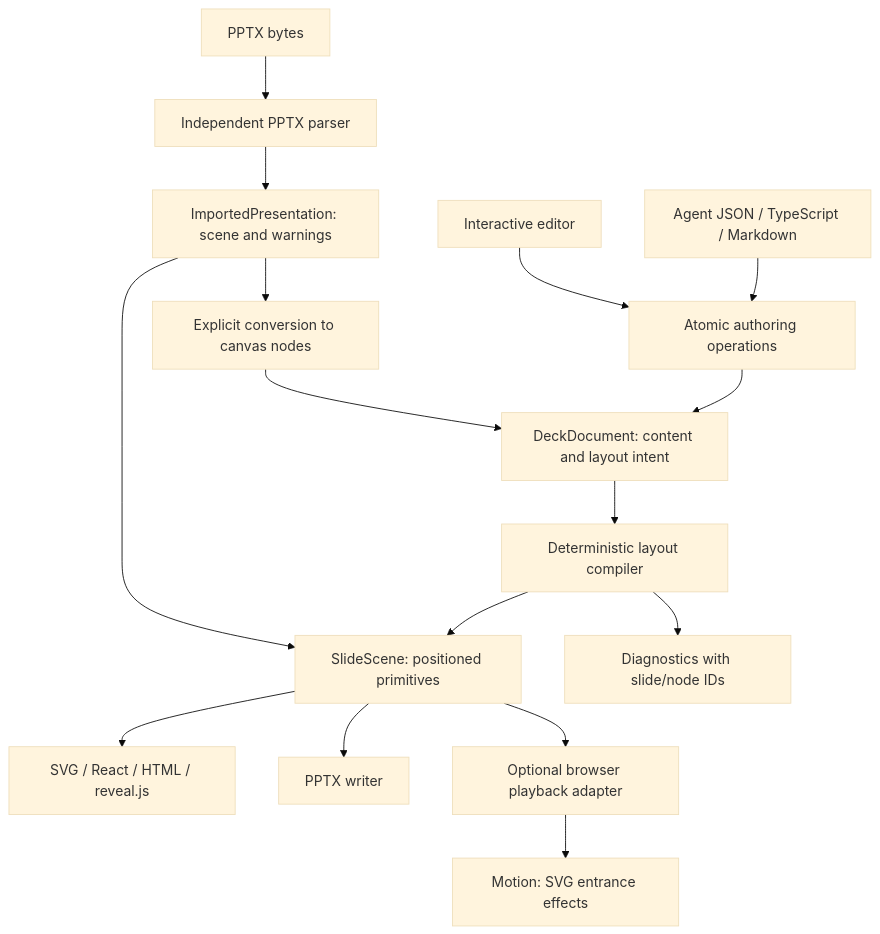
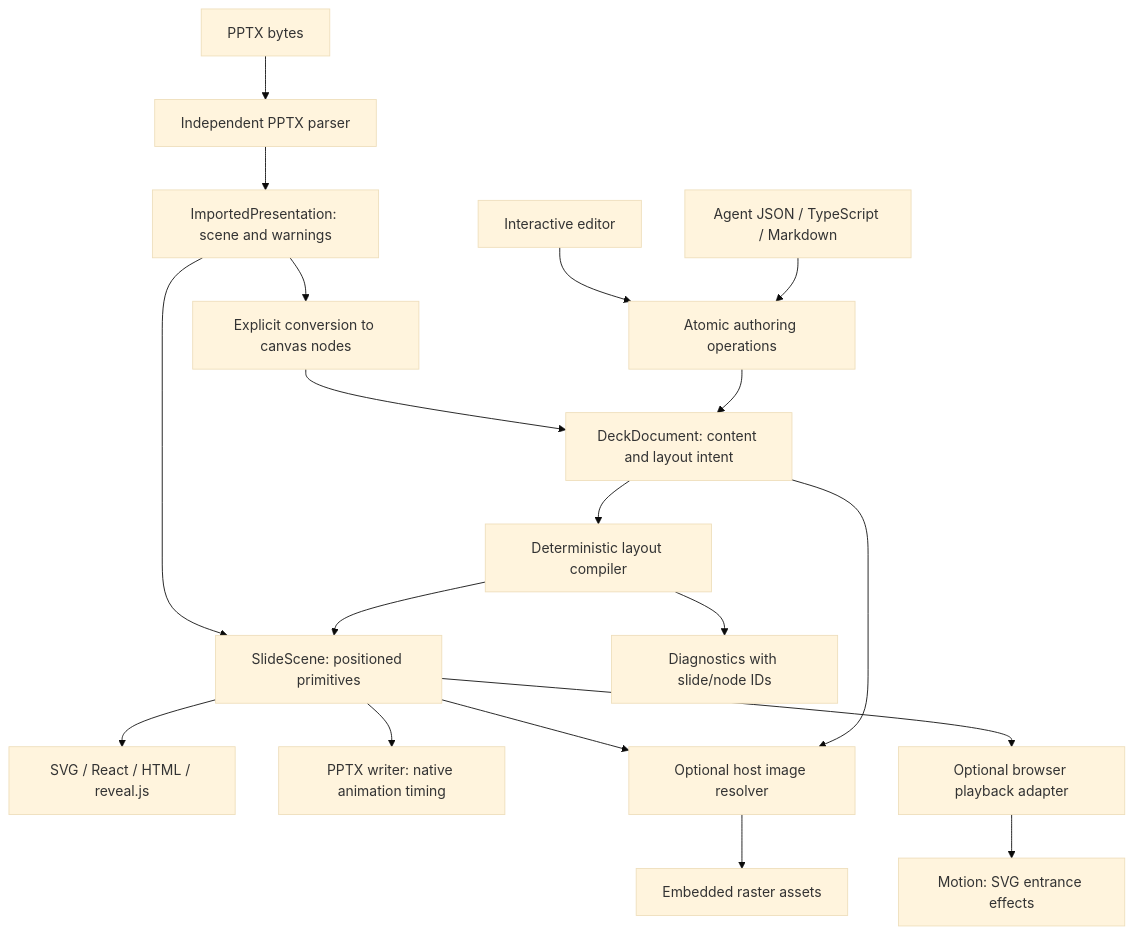
Before and after one commit to byfungsi/lipat: the diagram in docs/architecture.md, drawn with Mermaid (base theme). The commit also changed other lines of this file and 56 other files, not shown here.

Commit message:
feat: support URL images and native PPTX entrance animations

````diff
--- a/docs/architecture.md
+++ b/docs/architecture.md
@@ -3,18 +3,21 @@
 ```mermaid
 flowchart TD
   Agent[Agent JSON / TypeScript / Markdown] --> Author[Atomic authoring operations]
   Editor[Interactive editor] --> Author
   Author --> Document[DeckDocument: content and layout intent]
   Document --> Layout[Deterministic layout compiler]
   Layout --> Scene[SlideScene: positioned primitives]
   Layout --> Diagnostics[Diagnostics with slide/node IDs]
   Bytes[PPTX bytes] --> Parser[Independent PPTX parser]
   Parser --> Imported[ImportedPresentation: scene and warnings]
   Imported --> Scene
   Imported --> Lift[Explicit conversion to canvas nodes]
   Lift --> Document
   Scene --> Render[SVG / React / HTML / reveal.js]
-  Scene --> Export[PPTX writer]
+  Scene --> Export[PPTX writer: native animation timing]
+  Document --> Resolve[Optional host image resolver]
+  Scene --> Resolve
+  Resolve --> Assets[Embedded raster assets]
   Scene --> Playback[Optional browser playback adapter]
   Playback --> Motion[Motion: SVG entrance effects]
 ```
````
